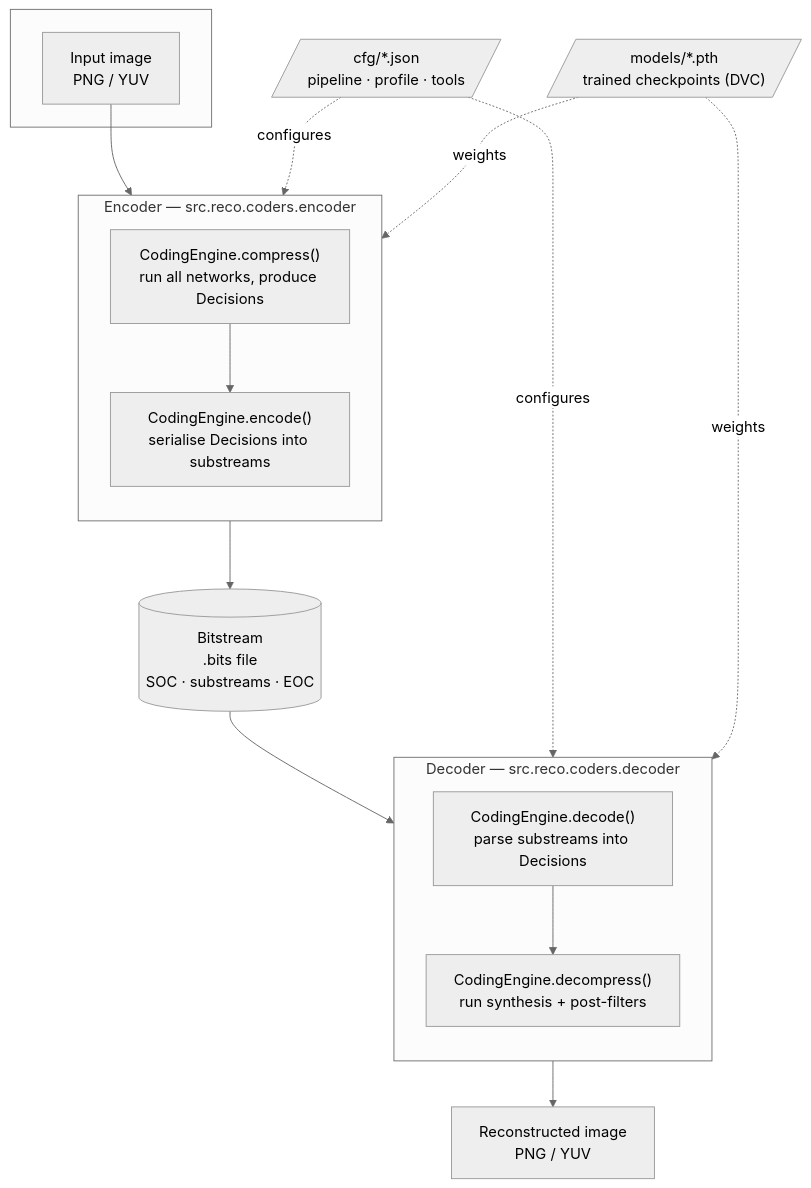
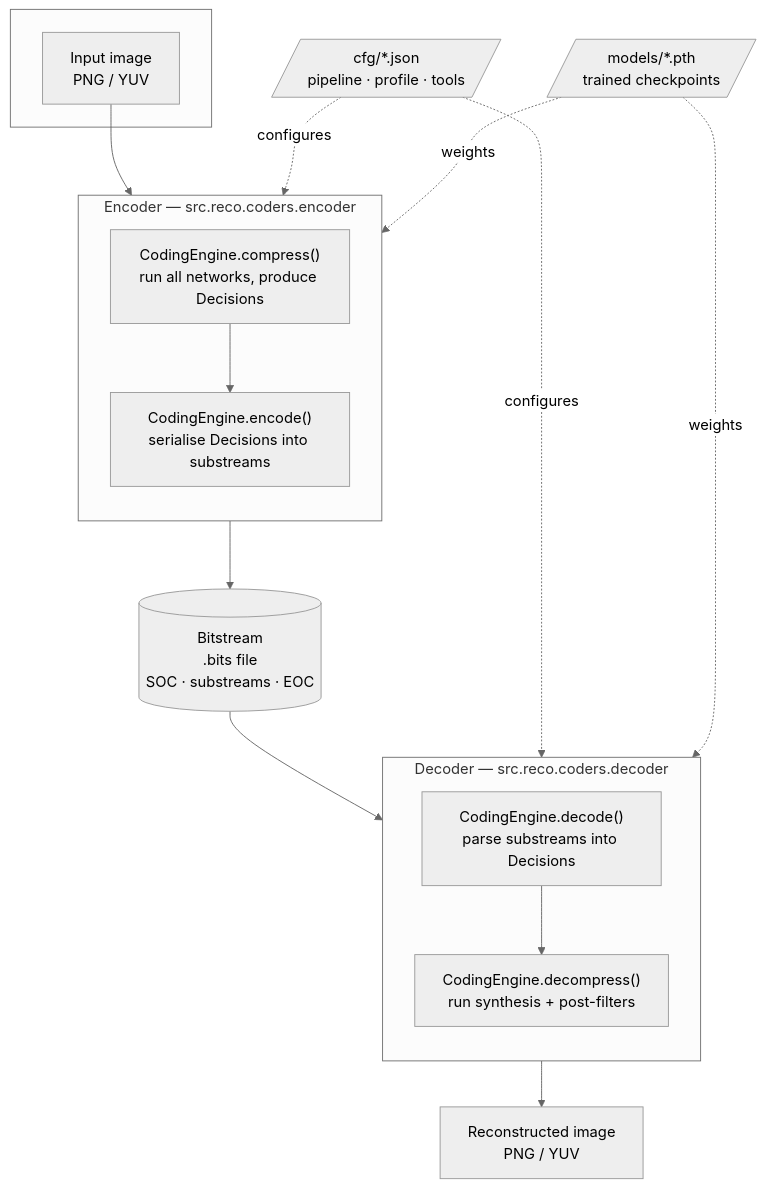
Before and after one commit to akarabutov/jpeg-ai-reference-software: the diagram in docs/architecture/README.md, drawn with Mermaid (neutral theme). The commit also changed other lines of this file and 7 other files, not shown here.

````diff
--- a/docs/architecture/README.md
+++ b/docs/architecture/README.md
@@ -44,36 +44,36 @@
 ```mermaid
 flowchart TB
     subgraph INPUT[" "]
         IMG["Input image<br/>PNG / YUV"]
     end
 
     subgraph ENC["Encoder — src.reco.coders.encoder"]
         direction TB
         E1["CodingEngine.compress()<br/>run all networks, produce Decisions"]
         E2["CodingEngine.encode()<br/>serialise Decisions into substreams"]
         E1 --> E2
     end
 
     BS[("Bitstream<br/>.bits file<br/>SOC · substreams · EOC")]
 
     subgraph DEC["Decoder — src.reco.coders.decoder"]
         direction TB
         D1["CodingEngine.decode()<br/>parse substreams into Decisions"]
         D2["CodingEngine.decompress()<br/>run synthesis + post-filters"]
         D1 --> D2
     end
 
     REC["Reconstructed image<br/>PNG / YUV"]
 
     CFG[/"cfg/*.json<br/>pipeline · profile · tools"/]
-    MDL[/"models/*.pth<br/>trained checkpoints (DVC)"/]
+    MDL[/"models/*.pth<br/>trained checkpoints"/]
 
     IMG --> E1
     E2 --> BS
     BS --> D1
     D2 --> REC
     CFG -.configures.-> ENC
     CFG -.configures.-> DEC
     MDL -.weights.-> ENC
     MDL -.weights.-> DEC
 ```
````
